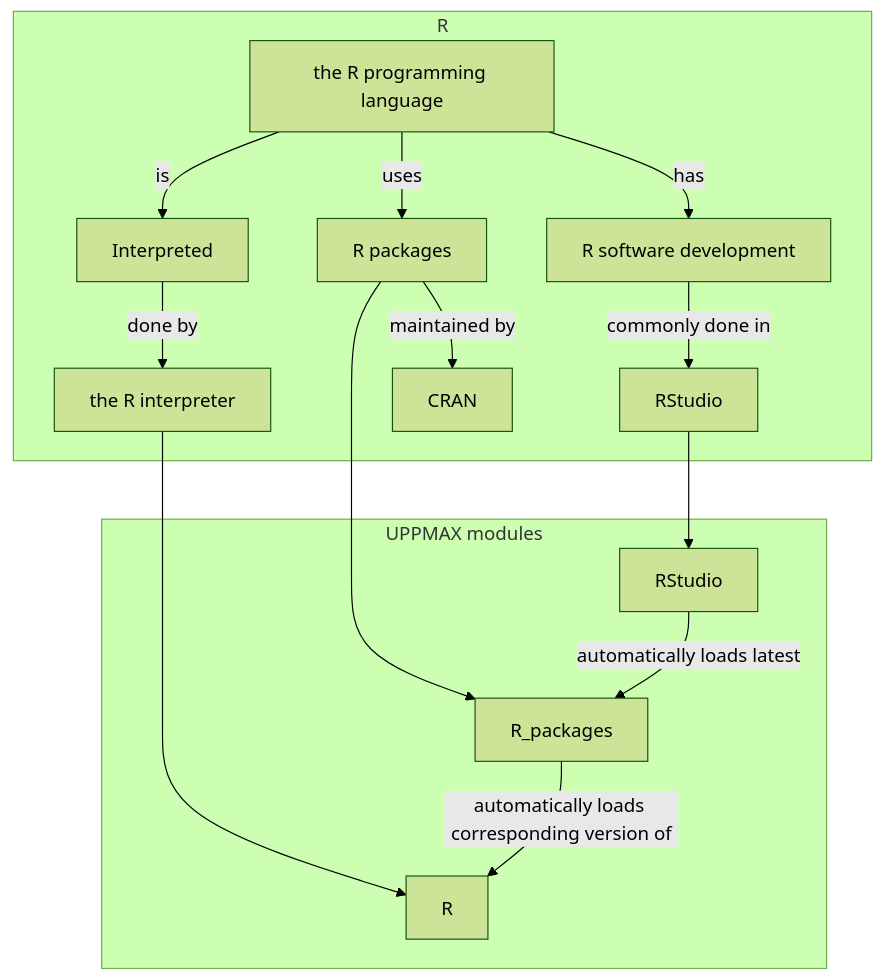
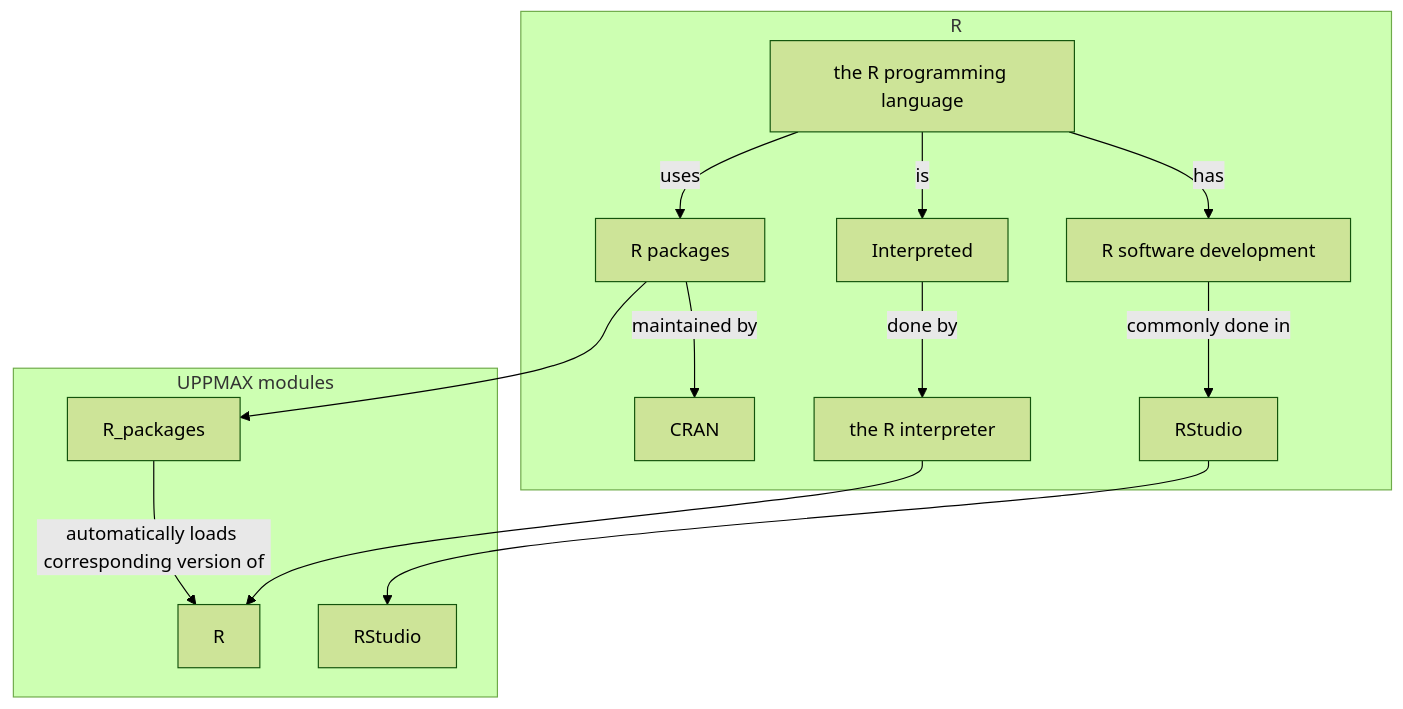
The diagram in docs/software/r.md (UPPMAX/UPPMAX-documentation), drawn with Mermaid (forest theme) before and after one commit.

Commit message:
r.md RStudio does not load R_packages

````diff
--- a/docs/software/r.md
+++ b/docs/software/r.md
@@ -32,35 +32,34 @@
 ```mermaid
 flowchart TD
 
     subgraph r[R]
       r_interpreter[the R interpreter]
       r_packages[R packages]
       r_language[the R programming language]
       r_dev[R software development]
       rstudio[RStudio]
 
       interpreted_language[Interpreted]
       cran[CRAN]
     end
 
     subgraph uppmax_modules[UPPMAX modules]
       r_module[R]
       r_packages_module[R_packages]
       rstudio_module[RStudio]
     end
 
 
     r_language --> |has| r_dev
     r_language --> |is| interpreted_language
     r_language --> |uses| r_packages
     interpreted_language --> |done by| r_interpreter
     r_packages --> |maintained by| cran
     r_dev --> |commonly done in| rstudio
 
     r_interpreter --> r_module
     r_packages --> r_packages_module
     rstudio --> rstudio_module
 
-    rstudio_module --> |automatically loads latest| r_packages_module
     r_packages_module --> |automatically loads corresponding version of| r_module
 ```
````
